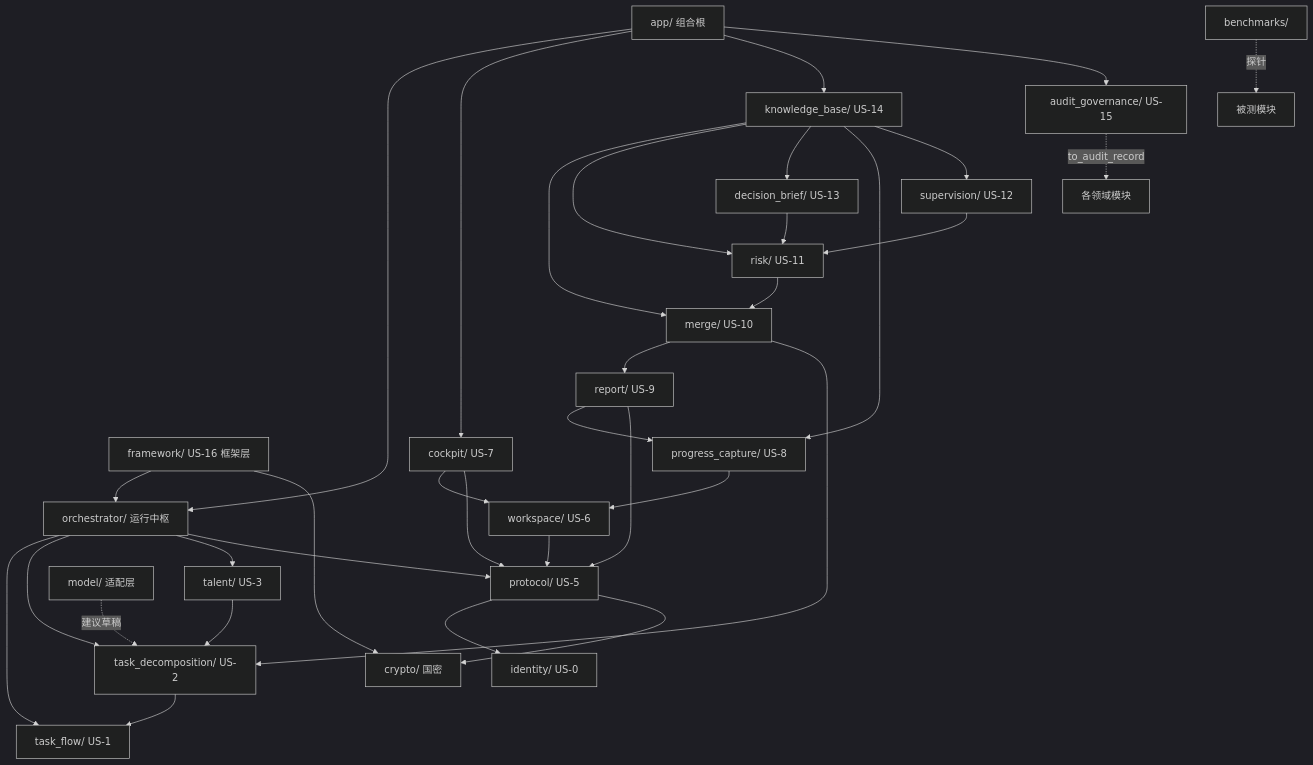
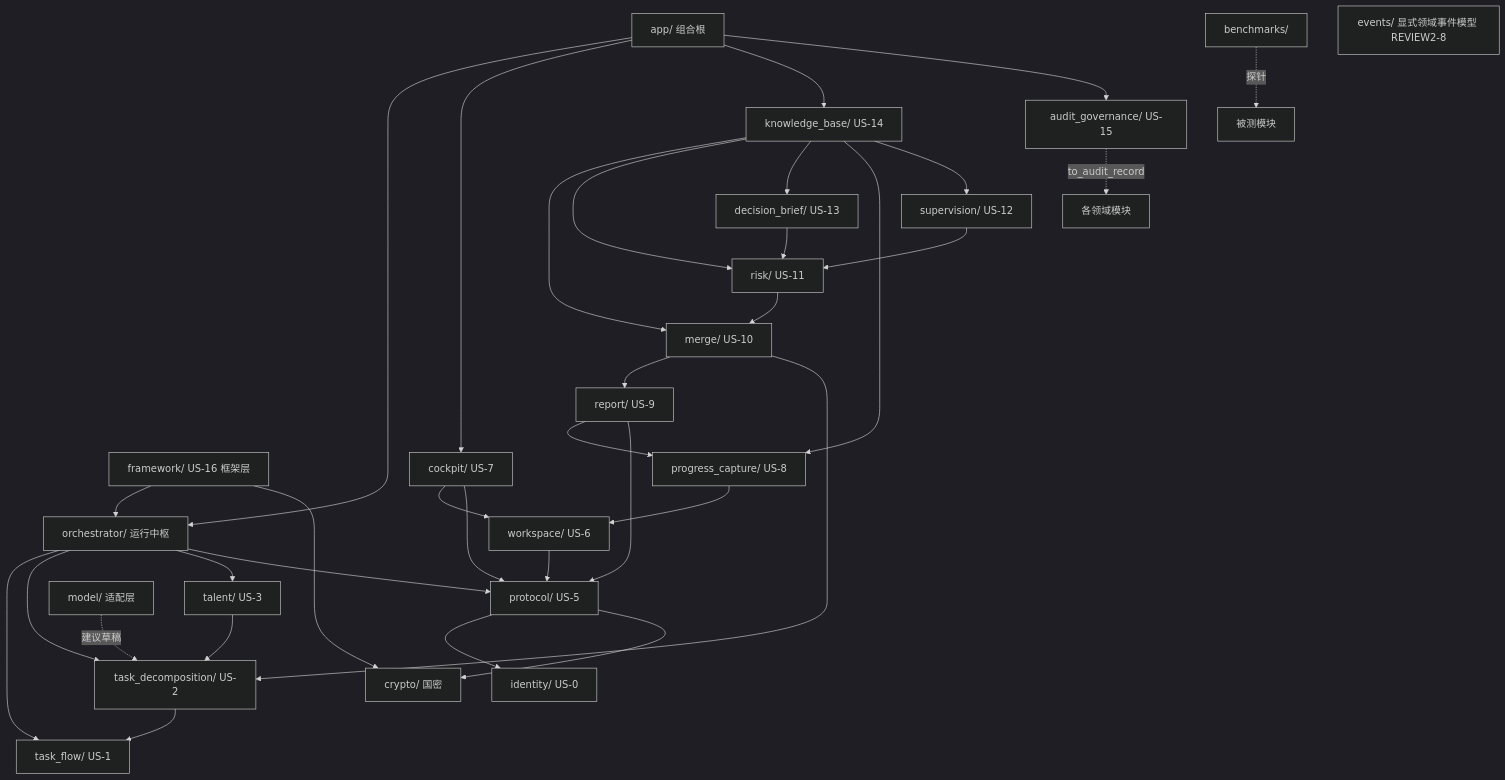
The diagram in docs/modules/README.md (xuemzhan/Coevo), drawn with Mermaid (dark theme) before and after one commit. The commit also changed 7 other files, not shown here.

Commit message:
fix(review2): REVIEW2-8 显式事件模型——DomainEvent + validate_event_chain（client_sequence 排序、时间戳仅元数据、因果仅前序、无环 fail-closed）、契约/模块文档登记 + 8 项单元守卫

````diff
--- a/docs/modules/README.md
+++ b/docs/modules/README.md
@@ -35,36 +35,37 @@
 ```mermaid
 flowchart TD
   APP[app/ 组合根] --> ORC[orchestrator/ 运行中枢]
   FW[framework/ US-16 框架层] --> ORC
   FW --> CRY[crypto/ 国密]
   ORC --> TF[task_flow/ US-1]
   ORC --> TD[task_decomposition/ US-2]
   ORC --> TL[talent/ US-3]
   ORC --> PROTO[protocol/ US-5]
   TD --> TF
   TL --> TD
   PROTO --> ID[identity/ US-0]
   PROTO --> CRY[crypto/ 国密]
   WS[workspace/ US-6] --> PROTO
   PC[progress_capture/ US-8] --> WS
   RP[report/ US-9] --> PC
   RP --> PROTO
   MG[merge/ US-10] --> RP
   MG --> TD
   RK[risk/ US-11] --> MG
   SP[supervision/ US-12] --> RK
   DB[decision_brief/ US-13] --> RK
   KB[knowledge_base/ US-14] --> MG
   KB --> RK
   KB --> DB
   KB --> PC
   KB --> SP
   CP[cockpit/ US-7] --> WS
   CP --> PROTO
   APP --> CP
   APP --> KB
   APP --> AG[audit_governance/ US-15]
   AG -.to_audit_record.-> 各领域模块
   MODEL[model/ 适配层] -.建议草稿.-> TD
   BENCH[benchmarks/] -.探针.-> 被测模块
+  EV[events/ 显式领域事件模型 REVIEW2-8]
 ```
````
